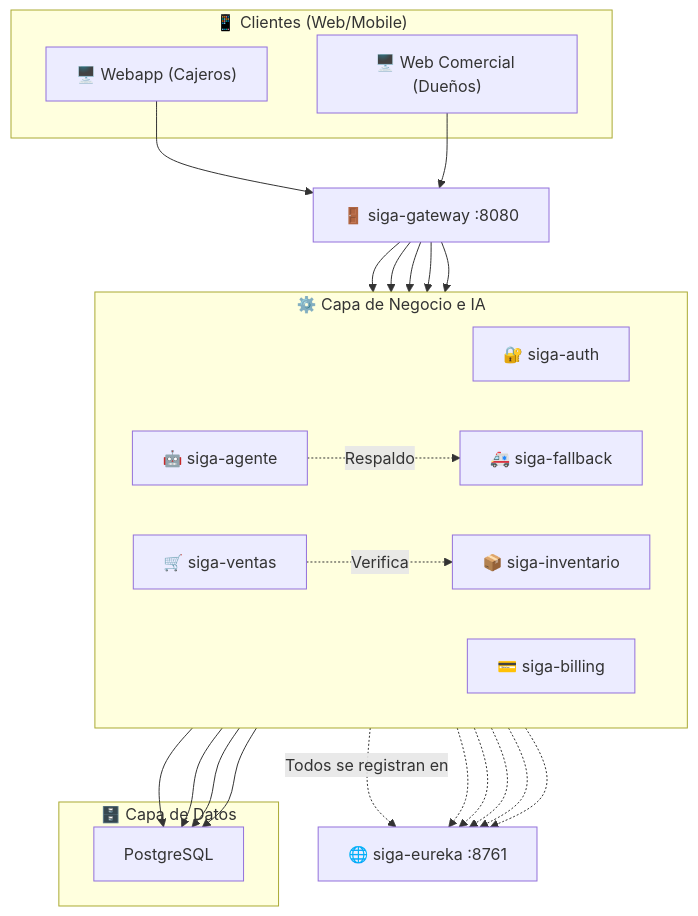
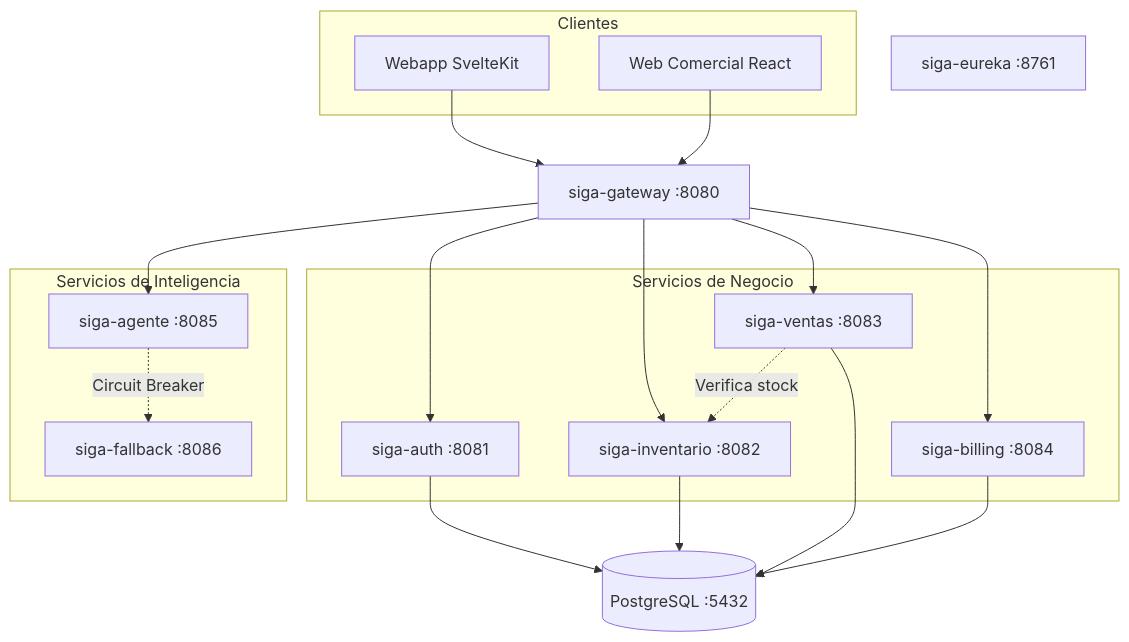
One commit to HecAguilaV/SIGA changed the first of 7 diagrams in openspec/changes/migracion-microservicios/architecture-diagrams.md. Above: the diagram before and after it, drawn with Mermaid. The commit also changed other lines of this file, not shown here.

Commit message:
docs: eliminar emojis de diagrama 1 que rompen el parser de Mermaid en GitHub

````diff
--- a/openspec/changes/migracion-microservicios/architecture-diagrams.md
+++ b/openspec/changes/migracion-microservicios/architecture-diagrams.md
@@ -10,49 +10,38 @@
 ```mermaid
-flowchart TD
-    subgraph Clientes["📱 Clientes (Web/Mobile)"]
-        W1["🖥️ Webapp (Cajeros)"]
-        W2["🖥️ Web Comercial (Dueños)"]
+graph TD
+    subgraph Clientes
+        W1["Webapp SvelteKit"]
+        W2["Web Comercial React"]
     end
 
-    GW["🚪 siga-gateway :8080"]
+    GW["siga-gateway :8080"]
 
-    subgraph Microservicios["⚙️ Capa de Negocio e IA"]
-        direction LR
-        AU["🔐 siga-auth"]
-        IN["📦 siga-inventario"]
-        VE["🛒 siga-ventas"]
-        BI["💳 siga-billing"]
-        AG["🤖 siga-agente"]
-        FB["🚑 siga-fallback"]
+    subgraph Negocio["Servicios de Negocio"]
+        AU["siga-auth :8081"]
+        IN["siga-inventario :8082"]
+        VE["siga-ventas :8083"]
+        BI["siga-billing :8084"]
     end
 
-    subgraph Datos["🗄️ Capa de Datos"]
-        DB["PostgreSQL"]
+    subgraph IA["Servicios de Inteligencia"]
+        AG["siga-agente :8085"]
+        FB["siga-fallback :8086"]
     end
-    
-    EU["🌐 siga-eureka :8761"]
+
+    DB[("PostgreSQL :5432")]
+    EU["siga-eureka :8761"]
 
     W1 --> GW
     W2 --> GW
-    
     GW --> AU
     GW --> IN
     GW --> VE
     GW --> BI
     GW --> AG
-    
-    AG -.->|Respaldo| FB
-    VE -.->|Verifica| IN
-
+    AG -.->|Circuit Breaker| FB
+    VE -.->|Verifica stock| IN
     AU --> DB
     IN --> DB
     VE --> DB
     BI --> DB
-    
-    AU -.->|Todos se registran en| EU
-    IN -.-> EU
-    VE -.-> EU
-    BI -.-> EU
-    AG -.-> EU
-    FB -.-> EU
 ```
````
